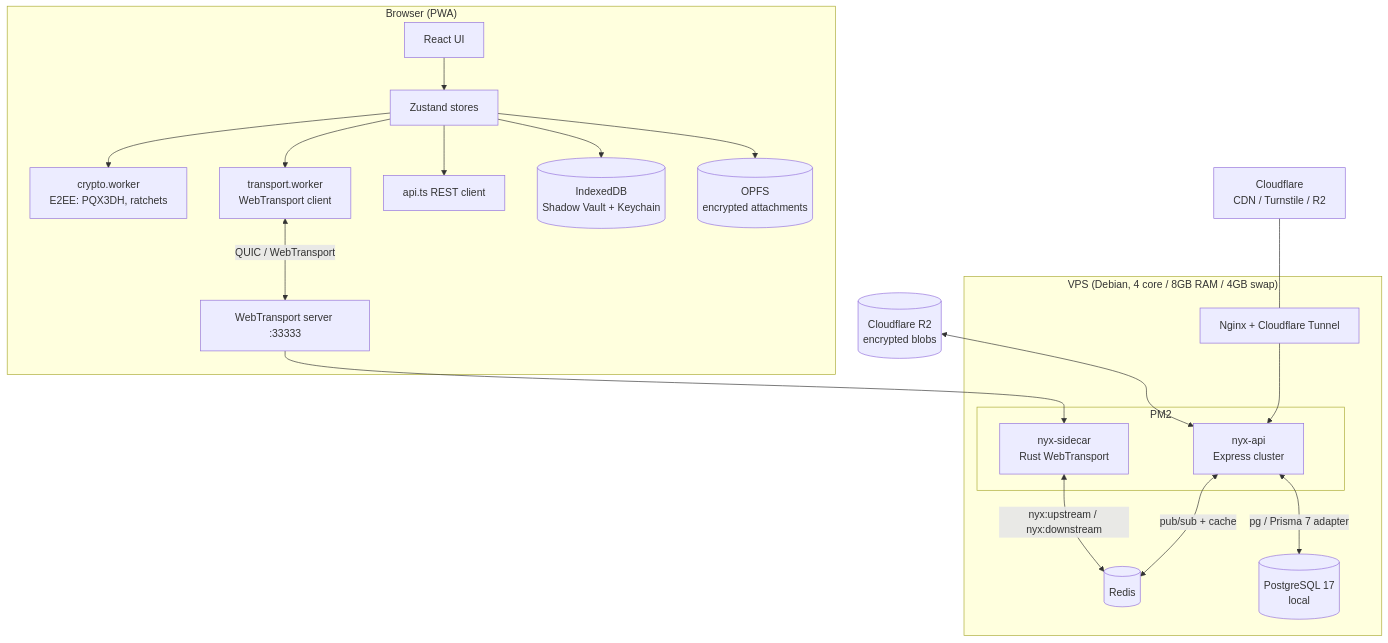
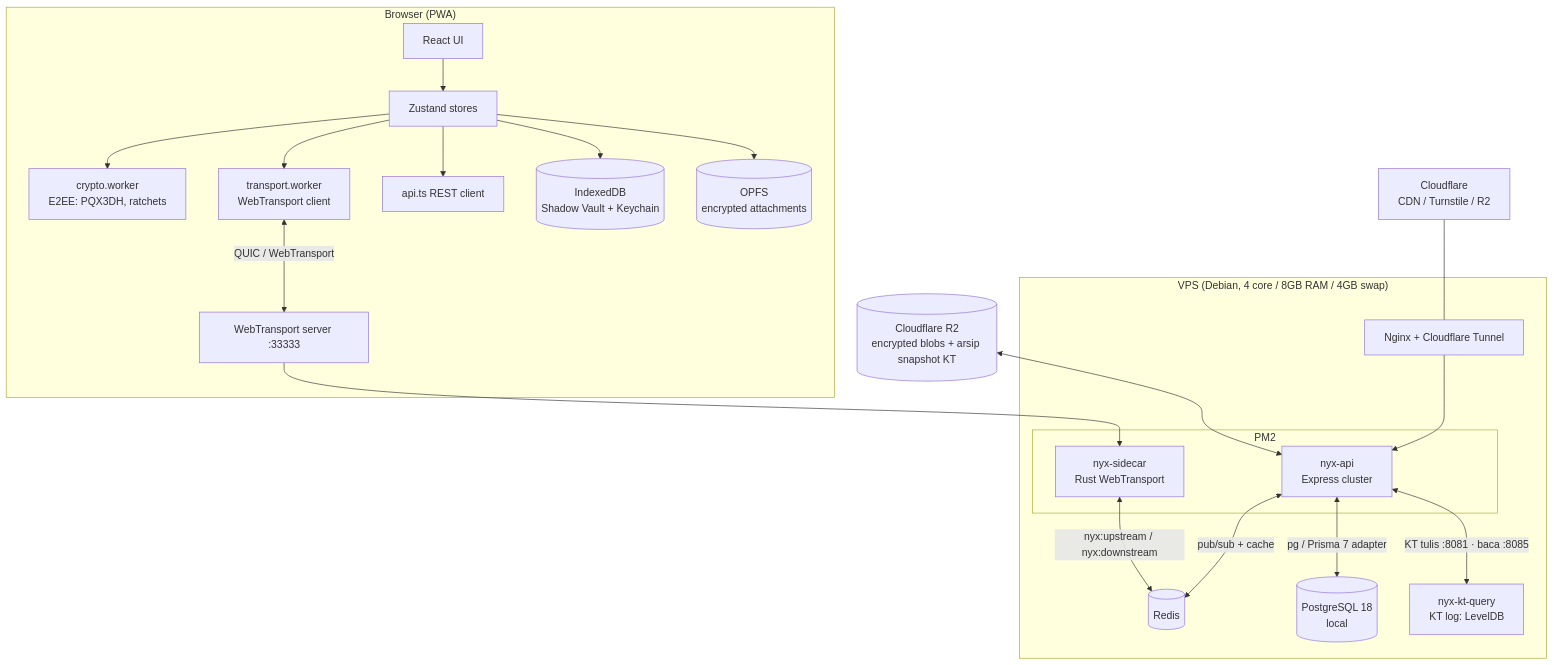
The diagram in docs/01-architecture.md (h4nzs/nyx-chat), drawn with Mermaid before and after one commit. The commit also changed other lines of this file and 16 other files, not shown here.

````diff
--- a/docs/01-architecture.md
+++ b/docs/01-architecture.md
@@ -42,37 +42,39 @@
 ```mermaid
 flowchart TB
     subgraph Browser["Browser (PWA)"]
         UI[React UI]
         ZS[Zustand stores]
         CW[crypto.worker<br/>E2EE: PQX3DH, ratchets]
         TW[transport.worker<br/>WebTransport client]
         API[api.ts REST client]
         IDB[(IndexedDB<br/>Shadow Vault + Keychain)]
         OPFS[(OPFS<br/>encrypted attachments)]
         UI --> ZS
         ZS --> CW
         ZS --> API
         ZS --> IDB
         ZS --> OPFS
         ZS --> TW
         TW <-->|QUIC / WebTransport| WT
     end
 
     subgraph VPS["VPS (Debian, 4 core / 8GB RAM / 4GB swap)"]
         NG[Nginx + Cloudflare Tunnel]
         subgraph PM2["PM2"]
             API2[nyx-api<br/>Express cluster]
             SC[nyx-sidecar<br/>Rust WebTransport]
         end
         RD[(Redis)]
-        PG[(PostgreSQL 17<br/>local)]
+        PG[(PostgreSQL 18<br/>local)]
+        KT[nyx-kt-query<br/>KT log: LevelDB]
         NG --> API2
         WT[WebTransport server :33333] --> SC
         API2 <-->|pg / Prisma 7 adapter| PG
         API2 <-->|pub/sub + cache| RD
         SC <-->|nyx:upstream / nyx:downstream| RD
+        API2 <-->|KT tulis :8081 · baca :8085| KT
     end
 
     CF[Cloudflare<br/>CDN / Turnstile / R2] --- NG
-    R2[(Cloudflare R2<br/>encrypted blobs)] <--> API2
+    R2[(Cloudflare R2<br/>encrypted blobs + arsip snapshot KT)] <--> API2
 ```
````
